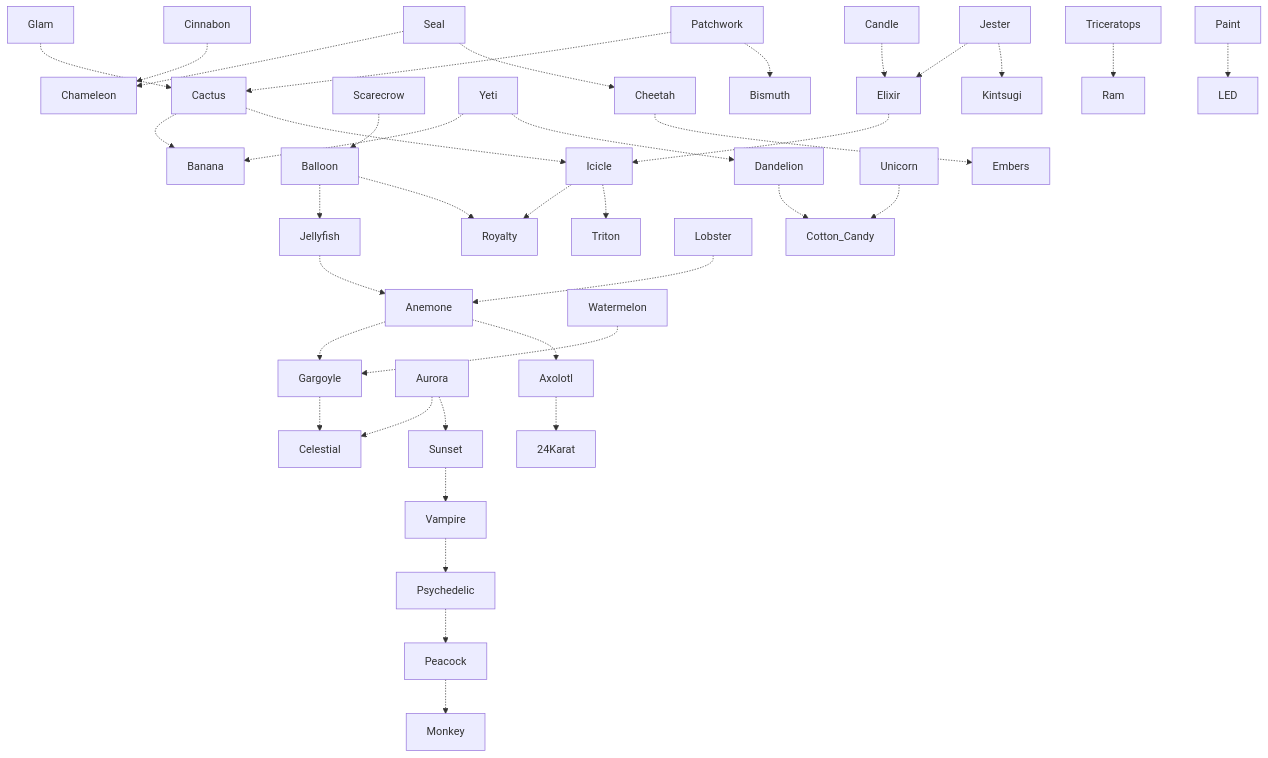
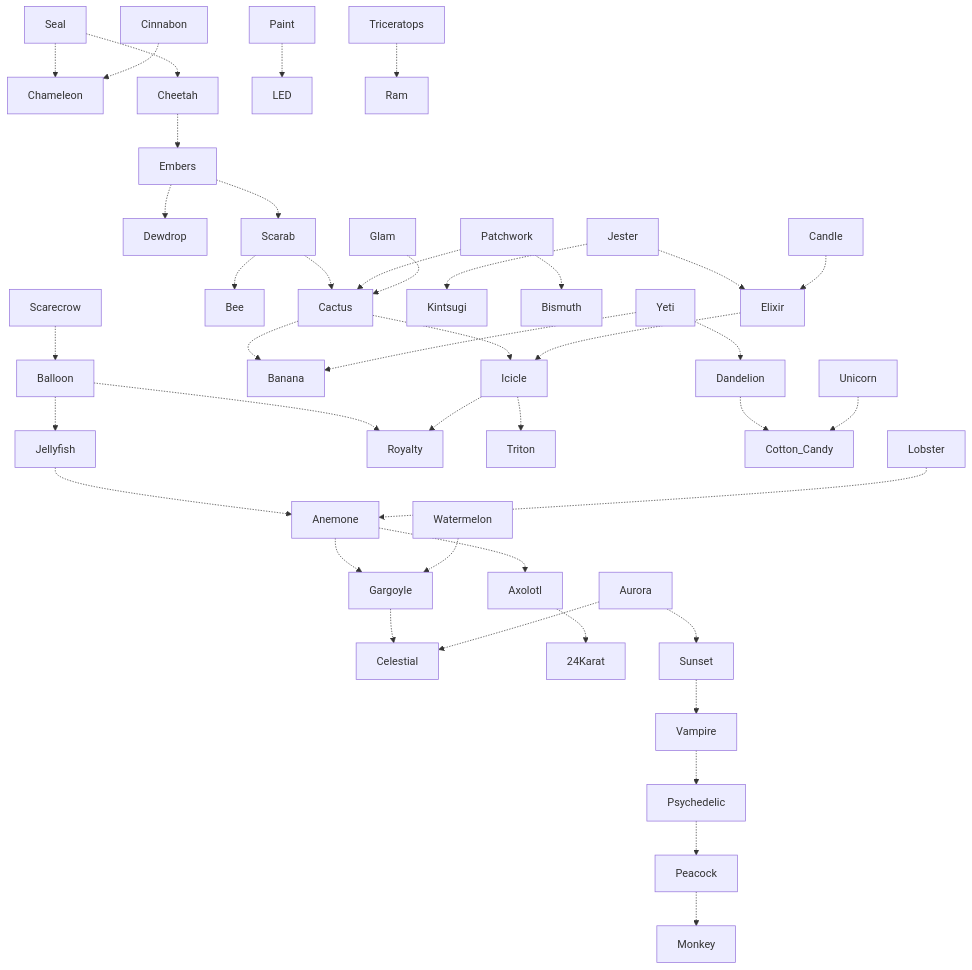
One commit to g1ddy/PeridotArchetypeFinder changed the diagram in Peridot-ArchetypeTree.md. Above: the diagram before and after it, drawn with Mermaid. The commit also changed 3 other files, not shown here.

````diff
--- a/Peridot-ArchetypeTree.md
+++ b/Peridot-ArchetypeTree.md
@@ -3,41 +3,45 @@
 ```mermaid
 flowchart
 
-Cactus -.-> Banana
-Cinnabon -.-> Chameleon
-Scarecrow -.-> Balloon
-Yeti -.-> Banana
-Icicle -.-> Royalty
-Jester -.-> Elixir
-Elixir -.-> Icicle
-Cactus -.-> Icicle
-Cheetah -.-> Embers
-Unicorn -.-> Cotton_Candy
-Dandelion -.-> Cotton_Candy
-Icicle -.-> Triton
-Jester -.-> Kintsugi
-Triceratops -.-> Ram
 Anemone -.-> Gargoyle
-Paint -.-> LED
+Anemone -.-> Axolotl
+Gargoyle -.-> Celestial
+Axolotl -.-> 24Karat
 Aurora -.-> Celestial
-Patchwork -.-> Cactus
-Candle -.-> Elixir
-Seal -.-> Chameleon
-Gargoyle -.-> Celestial
+Aurora -.-> Sunset
 Sunset -.-> Vampire
-Seal -.-> Cheetah
 Vampire -.-> Psychedelic
 Psychedelic -.-> Peacock
-Watermelon -.-> Gargoyle
-Glam -.-> Cactus
-Patchwork -.-> Bismuth
-Aurora -.-> Sunset
-Lobster -.-> Anemone
-Jellyfish -.-> Anemone
+Peacock -.-> Monkey
 Balloon -.-> Jellyfish
 Balloon -.-> Royalty
-Peacock -.-> Monkey
+Jellyfish -.-> Anemone
+Cactus -.-> Banana
+Cactus -.-> Icicle
+Icicle -.-> Royalty
+Icicle -.-> Triton
+Embers -.-> Dewdrop
+Embers -.-> Scarab
+Scarab -.-> Bee
+Scarab -.-> Cactus
+Jester -.-> Elixir
+Jester -.-> Kintsugi
+Elixir -.-> Icicle
+Patchwork -.-> Bismuth
+Patchwork -.-> Cactus
+Seal -.-> Chameleon
+Seal -.-> Cheetah
+Cheetah -.-> Embers
+Yeti -.-> Banana
 Yeti -.-> Dandelion
-Axolotl -.-> 24Karat
-Anemone -.-> Axolotl
+Dandelion -.-> Cotton_Candy
+Candle -.-> Elixir
+Cinnabon -.-> Chameleon
+Glam -.-> Cactus
+Lobster -.-> Anemone
+Paint -.-> LED
+Scarecrow -.-> Balloon
+Triceratops -.-> Ram
+Unicorn -.-> Cotton_Candy
+Watermelon -.-> Gargoyle
 ```
````
